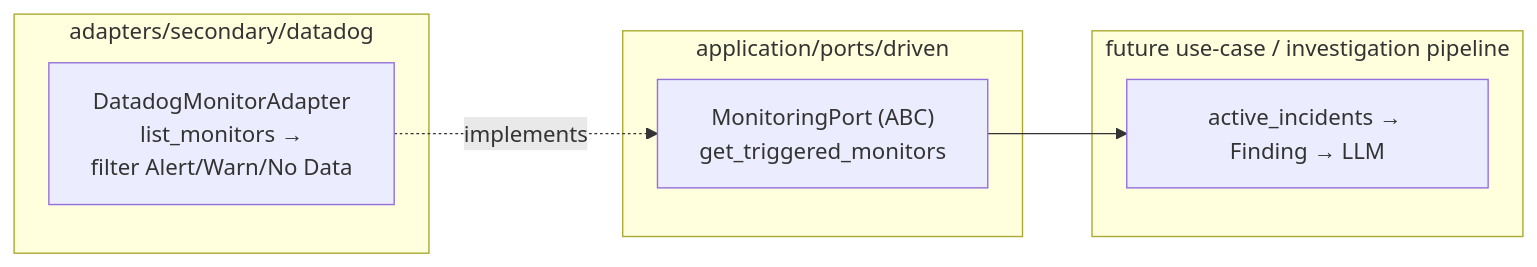
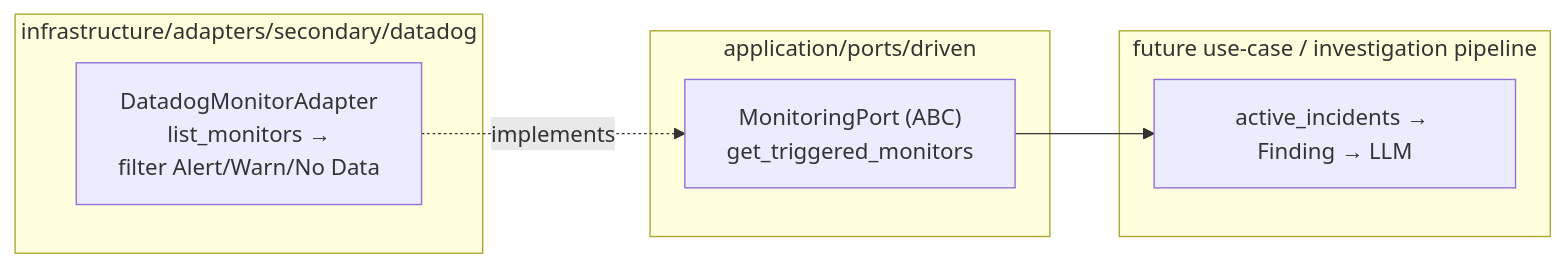
One commit to hexa-tools/hexawyn changed the diagram in docs/architecture/diagrams/components/datadog-monitors.md. Above: the diagram before and after it, drawn with Mermaid. The commit also changed other lines of this file and 7533 other files, not shown here.

````diff
--- a/docs/architecture/diagrams/components/datadog-monitors.md
+++ b/docs/architecture/diagrams/components/datadog-monitors.md
@@ -8,17 +8,17 @@
 ```mermaid
 flowchart LR
     subgraph Port["application/ports/driven"]
         MP["MonitoringPort (ABC)<br/>get_triggered_monitors"]
     end
 
-    subgraph Adapter["adapters/secondary/datadog"]
+    subgraph Adapter["infrastructure/adapters/secondary/datadog"]
         DMA["DatadogMonitorAdapter<br/>list_monitors →<br/>filter Alert/Warn/No Data"]
     end
 
     subgraph Consumer["future use-case / investigation pipeline"]
         INV["active_incidents → Finding → LLM"]
     end
 
     DMA -.implements.-> MP
     MP --> INV
 ```
````
